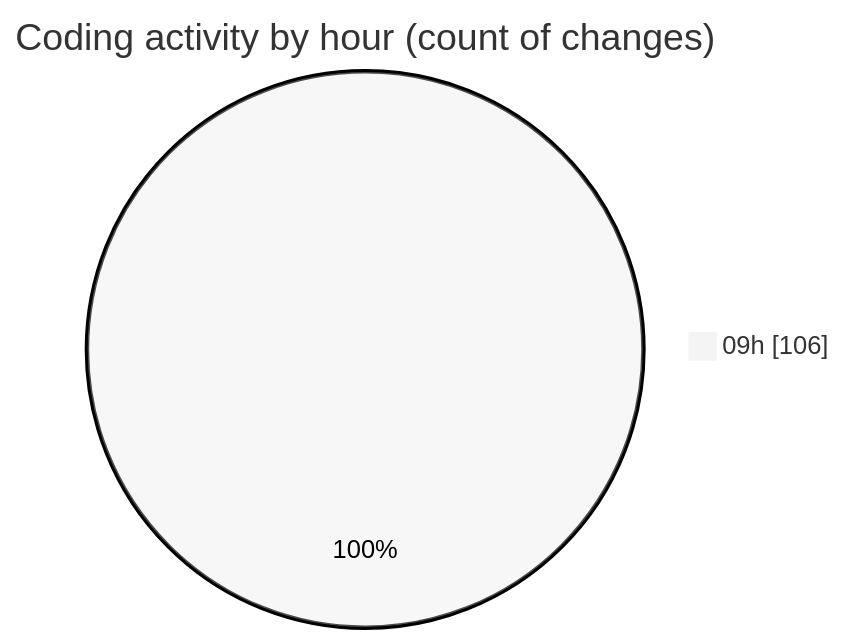
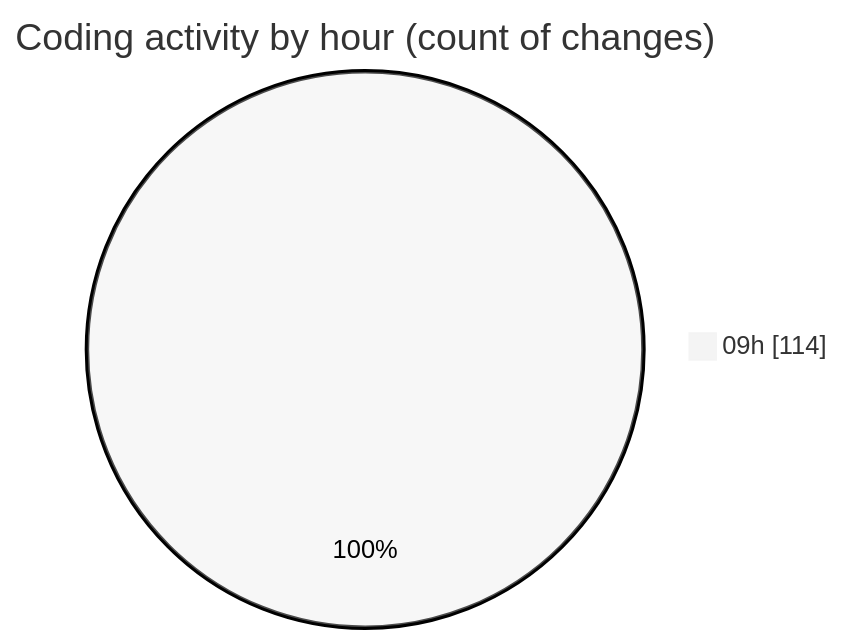
Before and after one commit to momahboobian/code-tracking: the second of 2 diagrams in 2026-09-16/cda/README.md, drawn with Mermaid (neutral theme). The commit also changed other lines of this file and 1 other file, not shown here.

````diff
--- a/2026-09-16/cda/README.md
+++ b/2026-09-16/cda/README.md
@@ -59,5 +59,5 @@
 ```mermaid
 pie showData
 title Coding activity by hour (count of changes)
-"09h" : 106
+"09h" : 114
 ```
````
